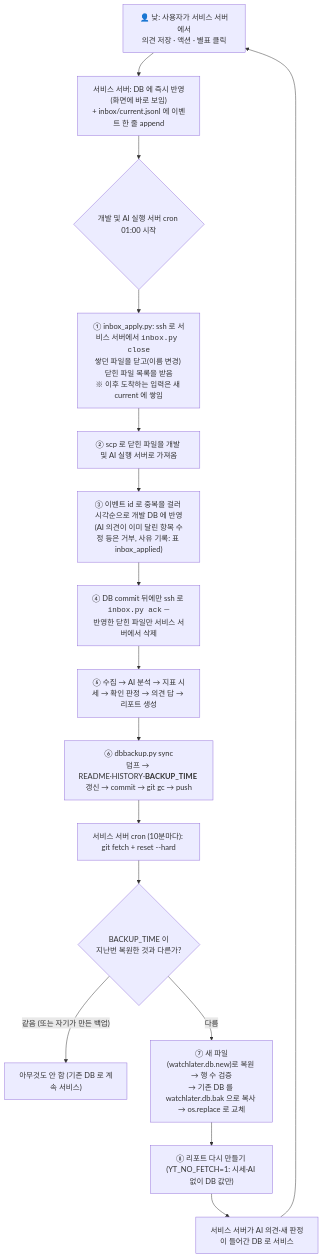
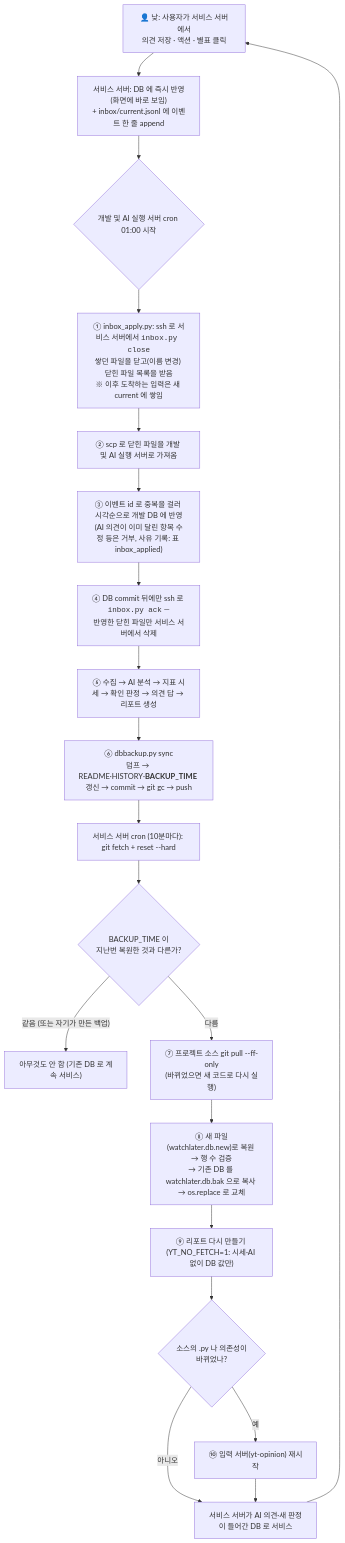
Before and after one commit to cheoljoo/yt-watcher-later: the second of 2 diagrams in README.md, drawn with Mermaid. The commit also changed other lines of this file and 1 other file, not shown here.

Commit message:
Feat: 새 백업이 있으면 서비스 서버가 소스도 pull 해 새 코드로 페이지를 만들고, 필요할 때만 입력 서버 재시작
개발 서버에서 코드가 바뀌어도 서비스 서버가 옛 코드로 HTML 을 만들던 문제.

- service_sync: 새 BACKUP_TIME 확인 시 ① git pull --ff-only (HEAD 가 바뀌면 uv run 으로 스스로 다시 실행)
  ② DB 복원(직전 DB 는 watchlater.db.bak) ③ 리포트 생성 ④ .py·pyproject.toml·uv.lock 이 바뀐 경우에만 yt-opinion 재시작.
  3·4 가 실패하면 data/_service/pending 에 남겨 다음 회차에 다시 한다. 백업이 그대로면 소스도 받지 않는다.
- README 순서도·설명 갱신. 임시 복제본으로 .py 변경/문서만 변경/백업 동일/재시작 실패 후 재시도를 시험했다.

Claude-Session: https://claude.ai/code/session_01QyPagQmGHgtdX23dPMKQ8u

````diff
--- a/README.md
+++ b/README.md
@@ -87,18 +87,22 @@
 ```mermaid
 flowchart TD
     A["👤 낮: 사용자가 서비스 서버에서<br/>의견 저장 · 액션 · 별표 클릭"] --> B["서비스 서버: DB 에 즉시 반영(화면에 바로 보임)<br/>+ inbox/current.jsonl 에 이벤트 한 줄 append"]
     B --> C{"개발 및 AI 실행 서버 cron 01:00 시작"}
     C --> D["① inbox_apply.py: ssh 로 서비스 서버에서 <code>inbox.py close</code><br/>쌓던 파일을 닫고(이름 변경) 닫힌 파일 목록을 받음<br/>※ 이후 도착하는 입력은 새 current 에 쌓임"]
     D --> D2["② scp 로 닫힌 파일을 개발 및 AI 실행 서버로 가져옴"]
     D2 --> E["③ 이벤트 id 로 중복을 걸러 시각순으로 개발 DB 에 반영<br/>(AI 의견이 이미 달린 항목 수정 등은 거부, 사유 기록: 표 inbox_applied)"]
     E --> F["④ DB commit 뒤에만 ssh 로 <code>inbox.py ack</code> —<br/>반영한 닫힌 파일만 서비스 서버에서 삭제"]
     F --> G["⑤ 수집 → AI 분석 → 지표 시세 → 확인 판정 → 의견 답 → 리포트 생성"]
     G --> H["⑥ dbbackup.py sync<br/>덤프 → README·HISTORY·<b>BACKUP_TIME</b> 갱신 → commit → git gc → push"]
     H --> I["서비스 서버 cron (10분마다): git fetch + reset --hard"]
     I --> J{"BACKUP_TIME 이<br/>지난번 복원한 것과 다른가?"}
     J -- "같음 (또는 자기가 만든 백업)" --> K["아무것도 안 함 (기존 DB 로 계속 서비스)"]
-    J -- "다름" --> L["⑦ 새 파일(watchlater.db.new)로 복원 → 행 수 검증<br/>→ 기존 DB 를 watchlater.db.bak 으로 복사 → os.replace 로 교체"]
-    L --> M["⑧ 리포트 다시 만들기 (YT_NO_FETCH=1: 시세·AI 없이 DB 값만)"]
-    M --> N["서비스 서버가 AI 의견·새 판정이 들어간 DB 로 서비스"]
+    J -- "다름" --> P["⑦ 프로젝트 소스 git pull --ff-only<br/>(바뀌었으면 새 코드로 다시 실행)"]
+    P --> L["⑧ 새 파일(watchlater.db.new)로 복원 → 행 수 검증<br/>→ 기존 DB 를 watchlater.db.bak 으로 복사 → os.replace 로 교체"]
+    L --> M["⑨ 리포트 다시 만들기 (YT_NO_FETCH=1: 시세·AI 없이 DB 값만)"]
+    M --> R{"소스의 .py 나 의존성이<br/>바뀌었나?"}
+    R -- "예" --> S["⑩ 입력 서버(yt-opinion) 재시작"]
+    R -- "아니오" --> N
+    S --> N["서비스 서버가 AI 의견·새 판정이 들어간 DB 로 서비스"]
     N --> A
 ```
````
